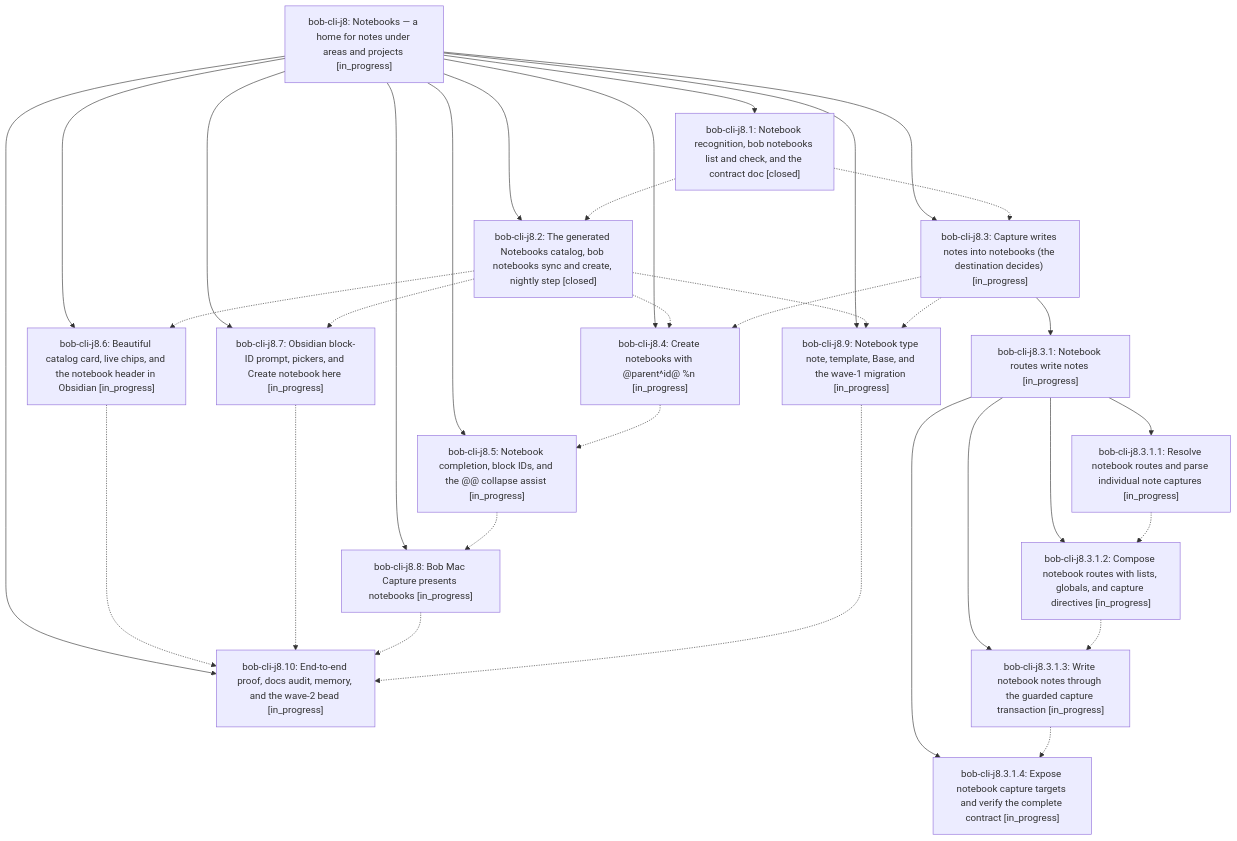
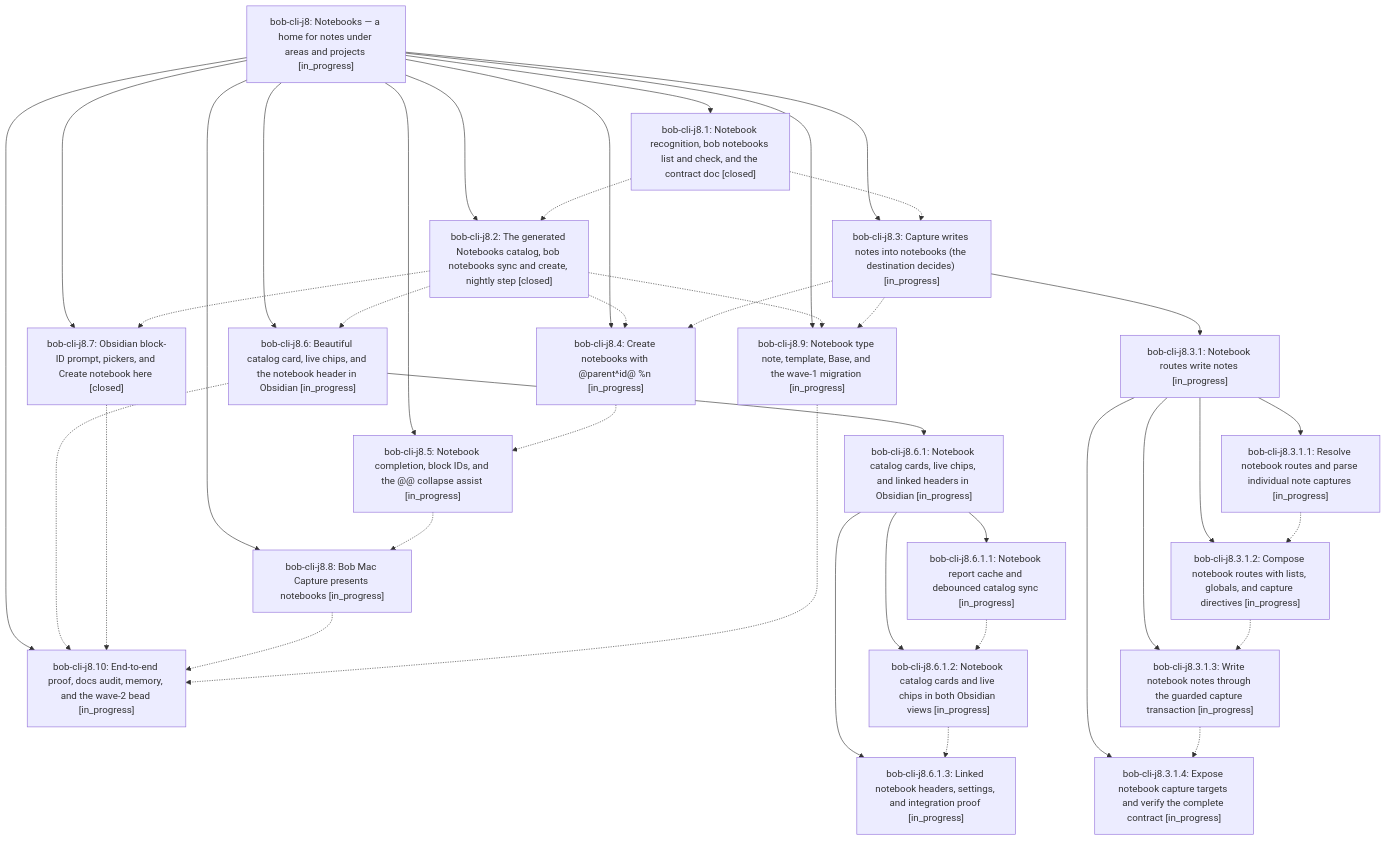
The diagram in pages/bob-cli-j8/README.md (bobs-org/bob-cli--beads), drawn with Mermaid before and after one commit. The commit also changed other lines of this file and 8 other files, not shown here.

First line of the commit message:
chore(beads): sync bead state and pages for bob-cli-j8

````diff
--- a/pages/bob-cli-j8/README.md
+++ b/pages/bob-cli-j8/README.md
@@ -47,51 +49,61 @@
 ```mermaid
 flowchart TD
     n0["bob-cli-j8: Notebooks — a home for notes under areas and projects [in_progress]"]
     n1["bob-cli-j8.1: Notebook recognition, bob notebooks list and check, and the contract doc [closed]"]
     n2["bob-cli-j8.10: End-to-end proof, docs audit, memory, and the wave-2 bead [in_progress]"]
     n3["bob-cli-j8.2: The generated Notebooks catalog, bob notebooks sync and create, nightly step [closed]"]
     n4["bob-cli-j8.3: Capture writes notes into notebooks (the destination decides) [in_progress]"]
     n5["bob-cli-j8.3.1: Notebook routes write notes [in_progress]"]
     n6["bob-cli-j8.3.1.1: Resolve notebook routes and parse individual note captures [in_progress]"]
     n7["bob-cli-j8.3.1.2: Compose notebook routes with lists, globals, and capture directives [in_progress]"]
     n8["bob-cli-j8.3.1.3: Write notebook notes through the guarded capture transaction [in_progress]"]
     n9["bob-cli-j8.3.1.4: Expose notebook capture targets and verify the complete contract [in_progress]"]
     n10["bob-cli-j8.4: Create notebooks with @parent^id@ %n [in_progress]"]
     n11["bob-cli-j8.5: Notebook completion, block IDs, and the @@ collapse assist [in_progress]"]
     n12["bob-cli-j8.6: Beautiful catalog card, live chips, and the notebook header in Obsidian [in_progress]"]
-    n13["bob-cli-j8.7: Obsidian block-ID prompt, pickers, and Create notebook here [in_progress]"]
-    n14["bob-cli-j8.8: Bob Mac Capture presents notebooks [in_progress]"]
-    n15["bob-cli-j8.9: Notebook type note, template, Base, and the wave-1 migration [in_progress]"]
+    n13["bob-cli-j8.6.1: Notebook catalog cards, live chips, and linked headers in Obsidian [in_progress]"]
+    n14["bob-cli-j8.6.1.1: Notebook report cache and debounced catalog sync [in_progress]"]
+    n15["bob-cli-j8.6.1.2: Notebook catalog cards and live chips in both Obsidian views [in_progress]"]
+    n16["bob-cli-j8.6.1.3: Linked notebook headers, settings, and integration proof [in_progress]"]
+    n17["bob-cli-j8.7: Obsidian block-ID prompt, pickers, and Create notebook here [closed]"]
+    n18["bob-cli-j8.8: Bob Mac Capture presents notebooks [in_progress]"]
+    n19["bob-cli-j8.9: Notebook type note, template, Base, and the wave-1 migration [in_progress]"]
     n0 --> n1
     n0 --> n2
     n0 --> n3
     n0 --> n4
     n4 --> n5
     n5 --> n6
     n5 --> n7
     n5 --> n8
     n5 --> n9
     n0 --> n10
     n0 --> n11
     n0 --> n12
-    n0 --> n13
-    n0 --> n14
-    n0 --> n15
+    n12 --> n13
+    n13 --> n14
+    n13 --> n15
+    n13 --> n16
+    n0 --> n17
+    n0 --> n18
+    n0 --> n19
     n1 -.-> n3
     n1 -.-> n4
     n3 -.-> n10
     n3 -.-> n12
-    n3 -.-> n13
-    n3 -.-> n15
+    n3 -.-> n17
+    n3 -.-> n19
     n4 -.-> n10
-    n4 -.-> n15
+    n4 -.-> n19
     n6 -.-> n7
     n7 -.-> n8
     n8 -.-> n9
     n10 -.-> n11
-    n11 -.-> n14
+    n11 -.-> n18
     n12 -.-> n2
-    n13 -.-> n2
-    n14 -.-> n2
-    n15 -.-> n2
+    n14 -.-> n15
+    n15 -.-> n16
+    n17 -.-> n2
+    n18 -.-> n2
+    n19 -.-> n2
 ```
````
